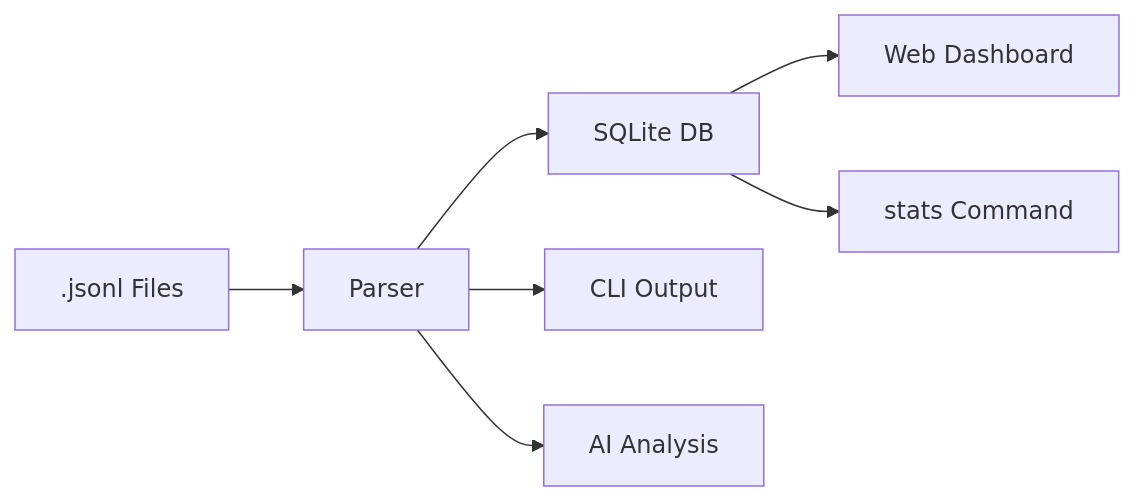
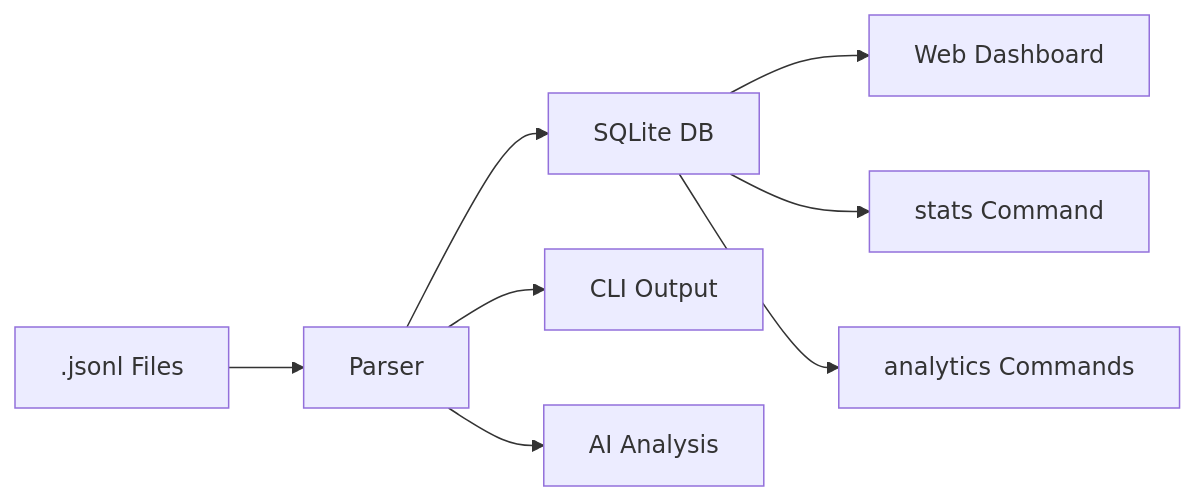
Before and after one commit to Devil-SX/agent-trajectory-profiler: the diagram in README.md, drawn with Mermaid. The commit also changed other lines of this file and 4 other files, not shown here.

Commit message:
feat(cli): add analytics parity commands

````diff
--- a/README.md
+++ b/README.md
@@ -25,9 +25,10 @@
 ```mermaid
 graph LR
     A[".jsonl Files"] --> B["Parser"]
     B --> C["SQLite DB"]
     B --> D["CLI Output"]
     C --> E["Web Dashboard"]
     C --> F["stats Command"]
+    C --> H["analytics Commands"]
     B --> G["AI Analysis"]
 ```
````
